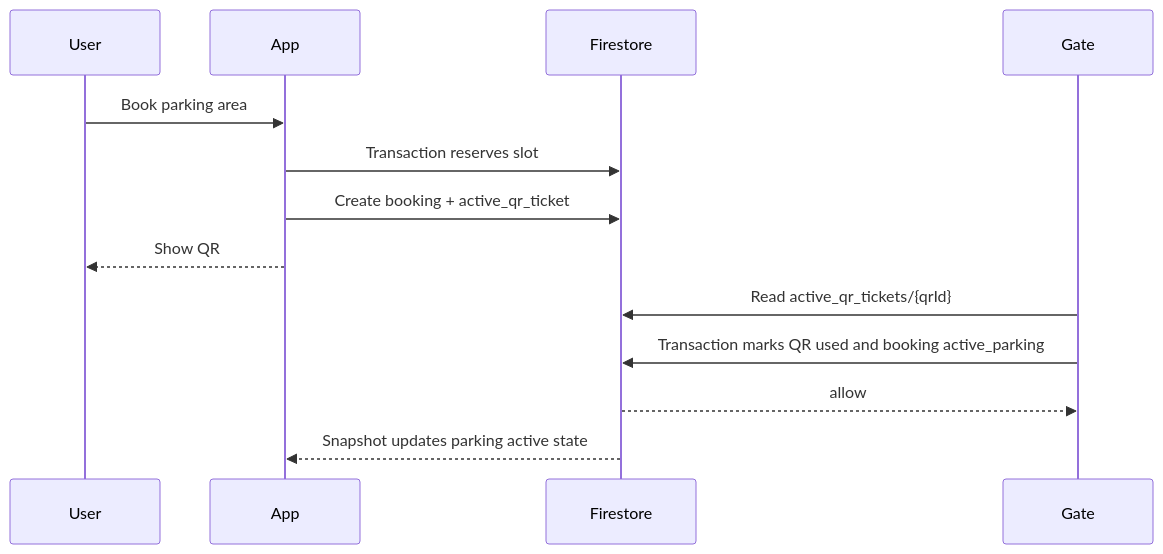
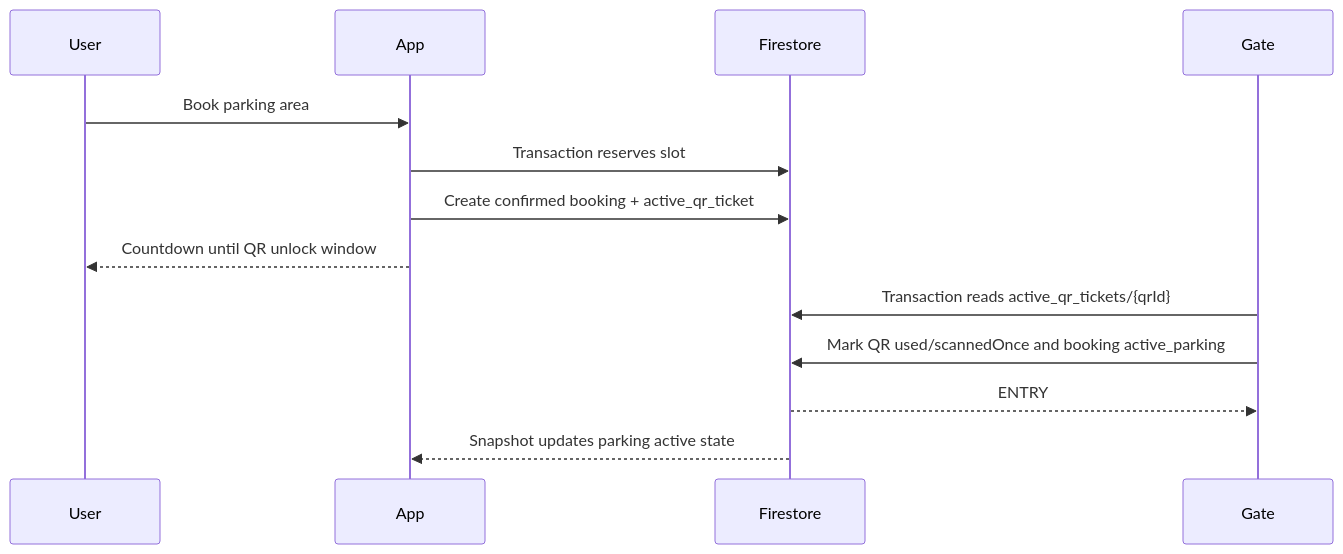
The diagram in docs/QR_VERIFICATION_FLOW.md (snehil-pandey/smart-parking-occupancy-system), drawn with Mermaid before and after one commit. The commit also changed other lines of this file and 12 other files, not shown here.

Commit message:
fix(user): enforce QR unlock and single active booking rules

````diff
--- a/docs/QR_VERIFICATION_FLOW.md
+++ b/docs/QR_VERIFICATION_FLOW.md
@@ -48,16 +49,16 @@
 ```mermaid
 sequenceDiagram
   participant User
   participant App
   participant Firestore
   participant Gate
 
   User->>App: Book parking area
   App->>Firestore: Transaction reserves slot
-  App->>Firestore: Create booking + active_qr_ticket
-  App-->>User: Show QR
-  Gate->>Firestore: Read active_qr_tickets/{qrId}
-  Gate->>Firestore: Transaction marks QR used and booking active_parking
-  Firestore-->>Gate: allow
+  App->>Firestore: Create confirmed booking + active_qr_ticket
+  App-->>User: Countdown until QR unlock window
+  Gate->>Firestore: Transaction reads active_qr_tickets/{qrId}
+  Gate->>Firestore: Mark QR used/scannedOnce and booking active_parking
+  Firestore-->>Gate: ENTRY
   Firestore-->>App: Snapshot updates parking active state
 ```
````
